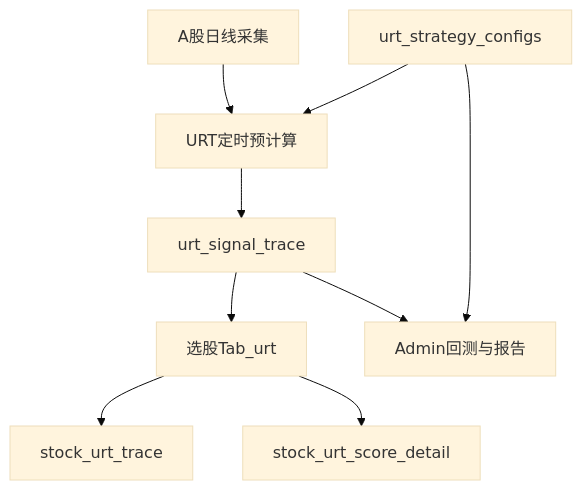
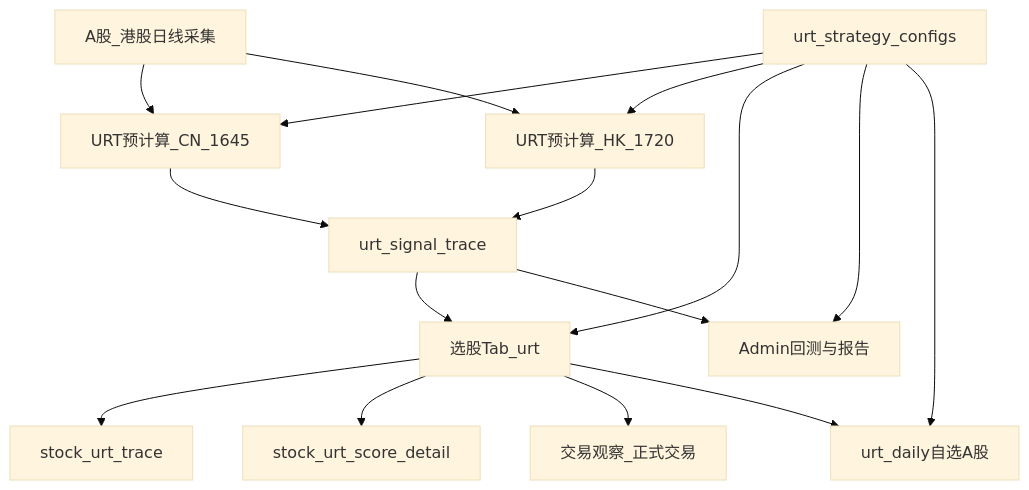
One commit to wangj9601/stock_quote_analayze changed the diagram in docs/strategies/urt/URT_GMS功能对比与技术方案.md. Above: the diagram before and after it, drawn with Mermaid (base theme). The commit also changed other lines of this file and 15 other files, not shown here.

````diff
--- a/docs/strategies/urt/URT_GMS功能对比与技术方案.md
+++ b/docs/strategies/urt/URT_GMS功能对比与技术方案.md
@@ -40,19 +62,29 @@
 ```mermaid
 flowchart TD
-  collect[A股日线采集]
-  pre[URT定时预计算]
+  collect[A股_港股日线采集]
+  preCn[URT预计算_CN_1645]
+  preHk[URT预计算_HK_1720]
   trace[urt_signal_trace]
   screen[选股Tab_urt]
   hist[stock_urt_trace]
   detail[stock_urt_score_detail]
   cfg[urt_strategy_configs]
   bt[Admin回测与报告]
-  collect --> pre
-  cfg --> pre
-  pre --> trace
+  obs[交易观察_正式交易]
+  daily[urt_daily自选A股]
+  collect --> preCn
+  collect --> preHk
+  cfg --> preCn
+  cfg --> preHk
+  preCn --> trace
+  preHk --> trace
   trace --> screen
+  cfg --> screen
   screen --> hist
   screen --> detail
+  screen --> obs
   trace --> bt
   cfg --> bt
+  cfg --> daily
+  screen --> daily
 ```
````
